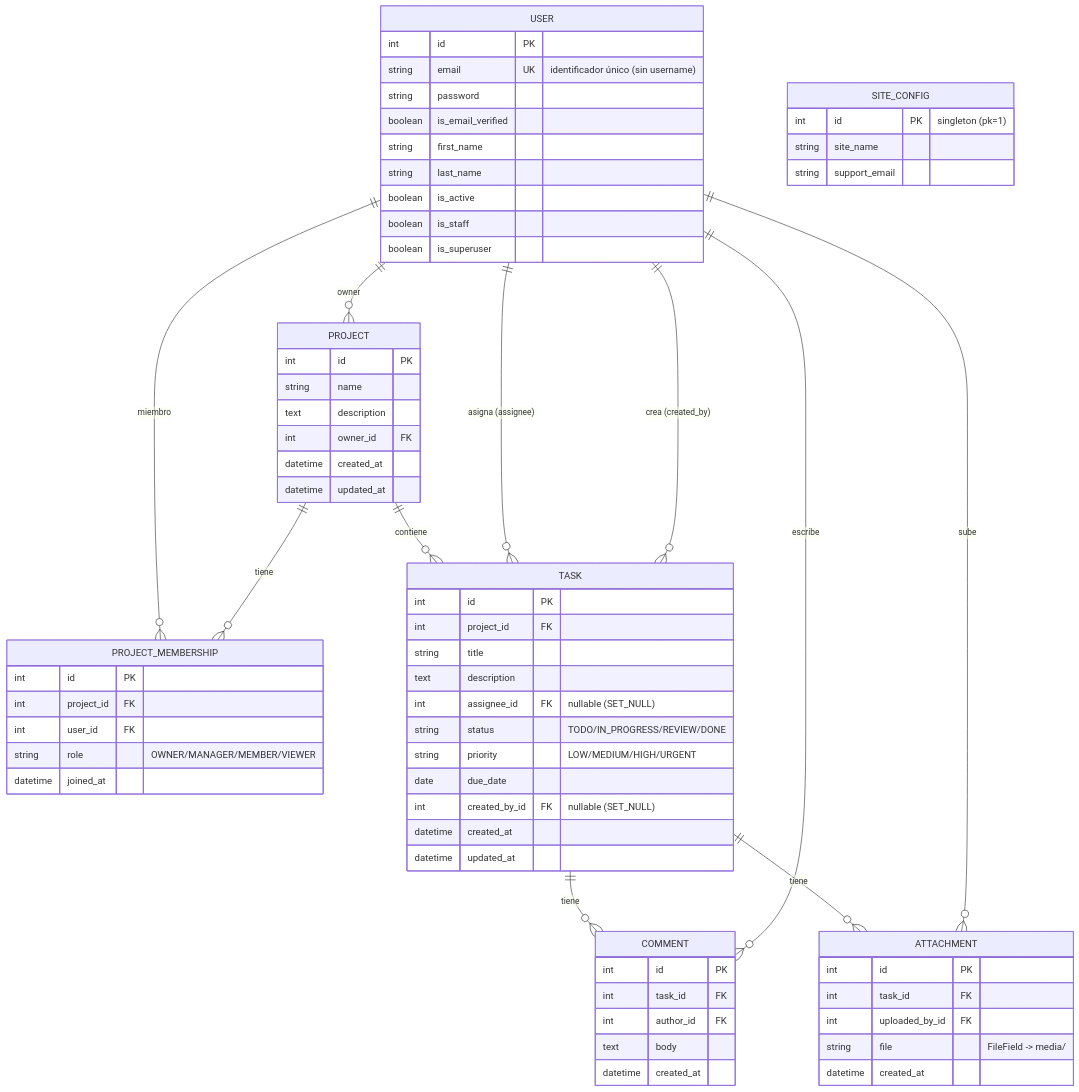
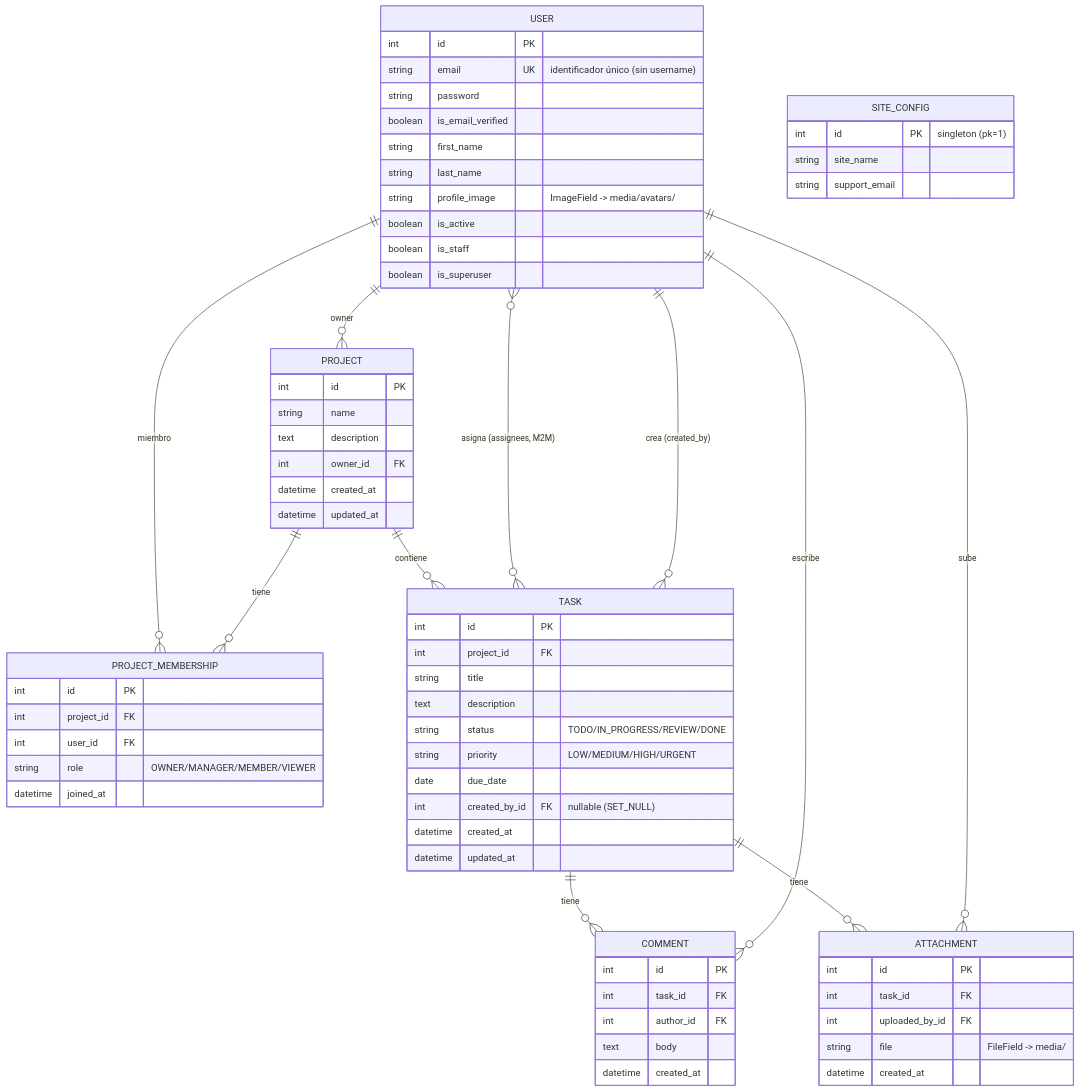
Before and after one commit to javieresquivelt-ux/planmanager: the second of 2 diagrams in README.md, drawn with Mermaid. The commit also changed other lines of this file, not shown here.

Commit message:
docs: actualizar README (avatares, multi-asignación, ER y modelo de datos)

````diff
--- a/README.md
+++ b/README.md
@@ -96,78 +97,78 @@
 ```mermaid
 erDiagram
     USER ||--o{ PROJECT : "owner"
     USER ||--o{ PROJECT_MEMBERSHIP : "miembro"
     PROJECT ||--o{ PROJECT_MEMBERSHIP : "tiene"
     PROJECT ||--o{ TASK : "contiene"
-    USER ||--o{ TASK : "asigna (assignee)"
+    USER }o--o{ TASK : "asigna (assignees, M2M)"
     USER ||--o{ TASK : "crea (created_by)"
     TASK ||--o{ COMMENT : "tiene"
     USER ||--o{ COMMENT : "escribe"
     TASK ||--o{ ATTACHMENT : "tiene"
     USER ||--o{ ATTACHMENT : "sube"
 
     USER {
         int id PK
         string email UK "identificador único (sin username)"
         string password
         boolean is_email_verified
         string first_name
         string last_name
+        string profile_image "ImageField -> media/avatars/"
         boolean is_active
         boolean is_staff
         boolean is_superuser
     }
 
     PROJECT {
         int id PK
         string name
         text description
         int owner_id FK
         datetime created_at
         datetime updated_at
     }
 
     PROJECT_MEMBERSHIP {
         int id PK
         int project_id FK
         int user_id FK
         string role "OWNER/MANAGER/MEMBER/VIEWER"
         datetime joined_at
     }
 
     TASK {
         int id PK
         int project_id FK
         string title
         text description
-        int assignee_id FK "nullable (SET_NULL)"
         string status "TODO/IN_PROGRESS/REVIEW/DONE"
         string priority "LOW/MEDIUM/HIGH/URGENT"
         date due_date
         int created_by_id FK "nullable (SET_NULL)"
         datetime created_at
         datetime updated_at
     }
 
     COMMENT {
         int id PK
         int task_id FK
         int author_id FK
         text body
         datetime created_at
     }
 
     ATTACHMENT {
         int id PK
         int task_id FK
         int uploaded_by_id FK
         string file "FileField -> media/"
         datetime created_at
     }
 
     SITE_CONFIG {
         int id PK "singleton (pk=1)"
         string site_name
         string support_email
     }
 ```
````
